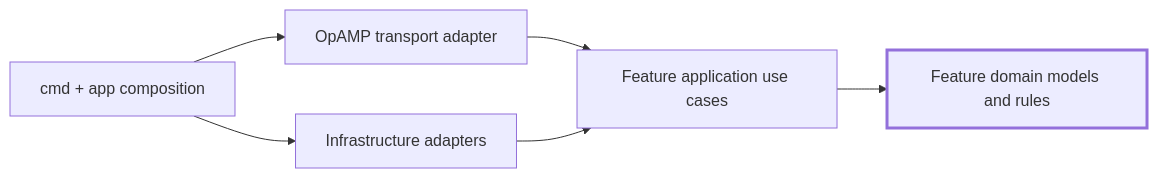
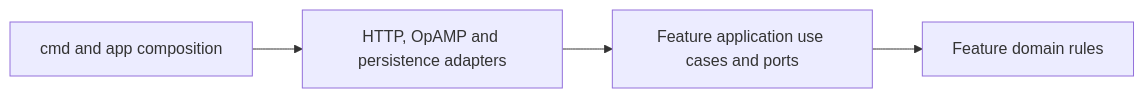
One commit to AR-IMMS/fleet-manager changed the diagram in docs/local/architecture/clean-architecture.md. Above: the diagram before and after it, drawn with Mermaid. The commit also changed other lines of this file and 9 other files, not shown here.

Commit message:
docs: align guidance with fleet management architecture

````diff
--- a/docs/local/architecture/clean-architecture.md
+++ b/docs/local/architecture/clean-architecture.md
@@ -48,9 +7,6 @@
 ```mermaid
 flowchart LR
-  Entry[cmd + app composition] --> Transport[OpAMP transport adapter]
-  Entry --> Infra[Infrastructure adapters]
-  Transport --> App[Feature application use cases]
-  Infra --> App
-  App --> Domain[Feature domain models and rules]
-  style Domain stroke-width:3px
+  Boot[cmd and app composition] --> Adapters[HTTP, OpAMP and persistence adapters]
+  Adapters --> UseCases[Feature application use cases and ports]
+  UseCases --> Domain[Feature domain rules]
 ```
````
